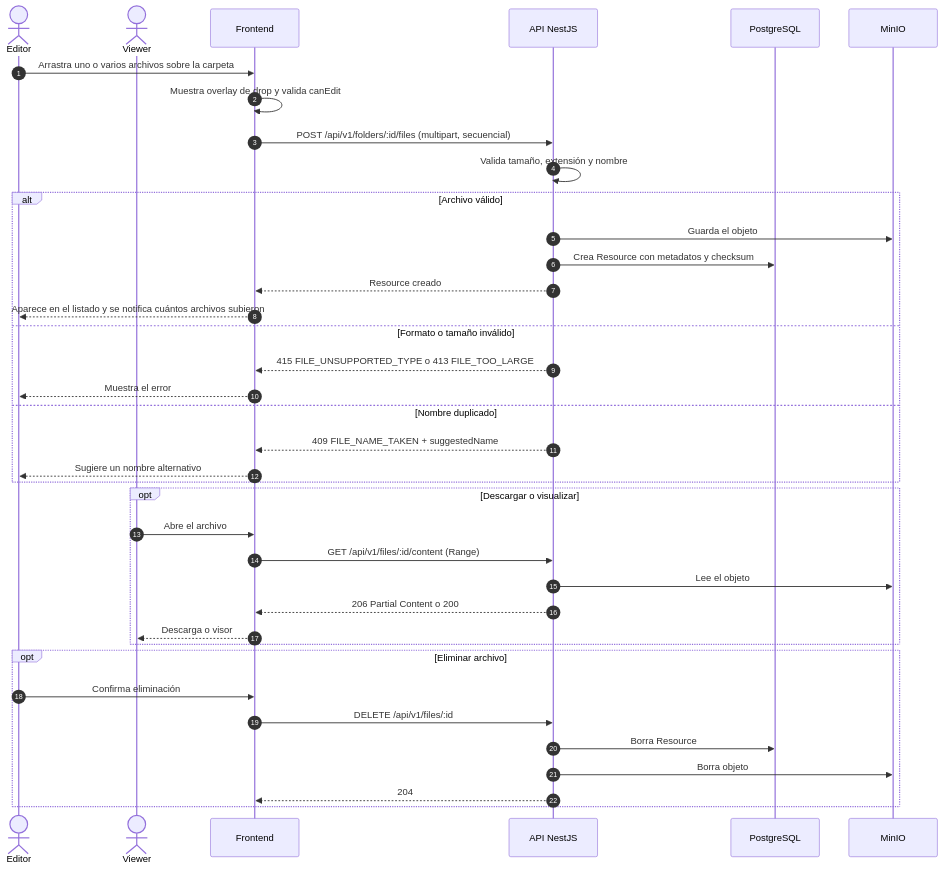
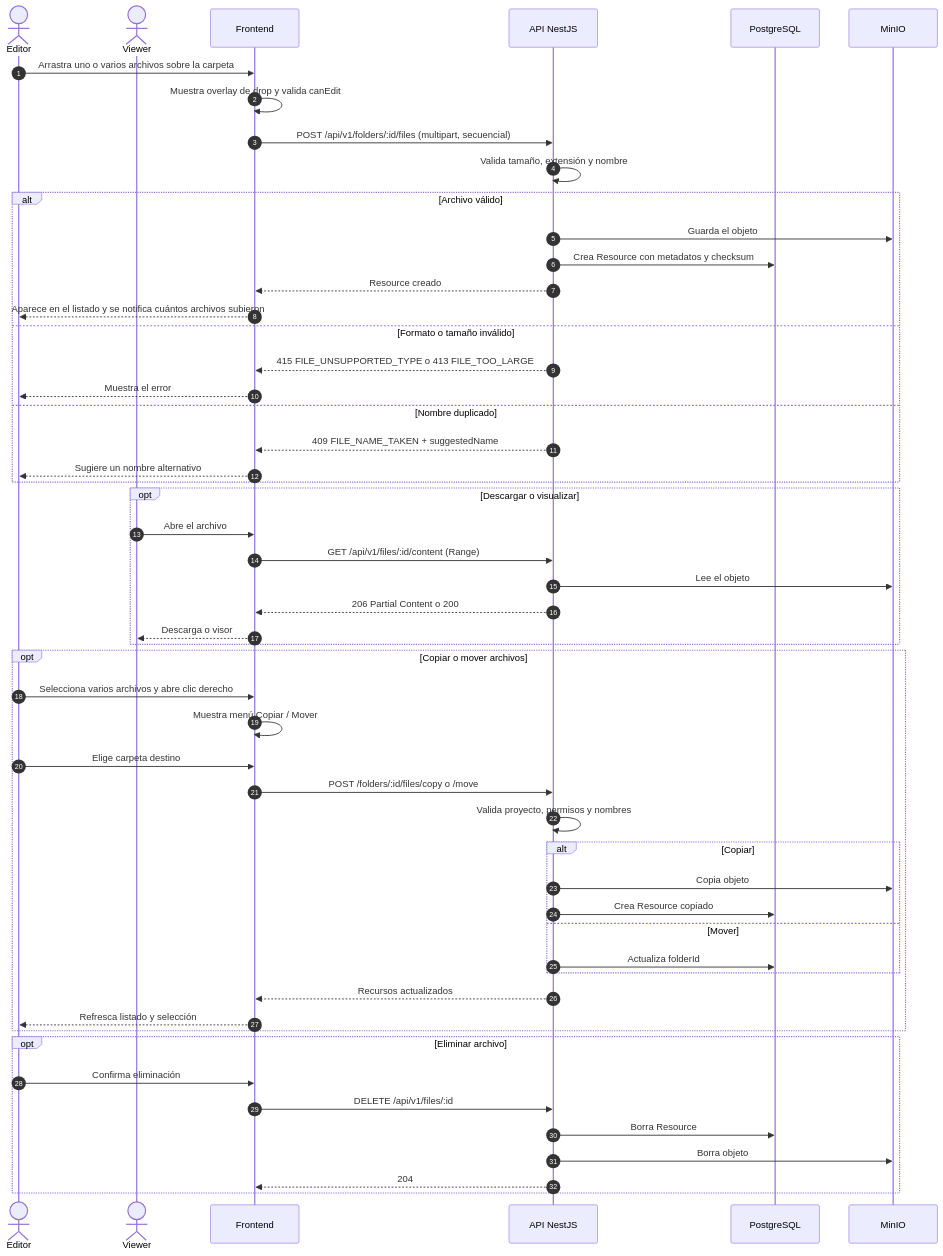
Before and after one commit to CesarKnight/infinipaper-proy: the diagram in docs/sdd/diagramas/secuencia/005-archivos.md, drawn with Mermaid. The commit also changed other lines of this file and 13 other files, not shown here.

Commit message:
feat: seleccion multiple y copiar/mover archivos entre carpetas

````diff
--- a/docs/sdd/diagramas/secuencia/005-archivos.md
+++ b/docs/sdd/diagramas/secuencia/005-archivos.md
@@ -5,44 +5,60 @@
 ```mermaid
 sequenceDiagram
   autonumber
   actor E as Editor
   actor V as Viewer
   participant FE as Frontend
   participant API as API NestJS
   participant DB as PostgreSQL
   participant S3 as MinIO
 
   E->>FE: Arrastra uno o varios archivos sobre la carpeta
   FE->>FE: Muestra overlay de drop y valida canEdit
   FE->>API: POST /api/v1/folders/:id/files (multipart, secuencial)
   API->>API: Valida tamaño, extensión y nombre
 
   alt Archivo válido
     API->>S3: Guarda el objeto
     API->>DB: Crea Resource con metadatos y checksum
     API-->>FE: Resource creado
     FE-->>E: Aparece en el listado y se notifica cuántos archivos subieron
   else Formato o tamaño inválido
     API-->>FE: 415 FILE_UNSUPPORTED_TYPE o 413 FILE_TOO_LARGE
     FE-->>E: Muestra el error
   else Nombre duplicado
     API-->>FE: 409 FILE_NAME_TAKEN + suggestedName
     FE-->>E: Sugiere un nombre alternativo
   end
 
   opt Descargar o visualizar
     V->>FE: Abre el archivo
     FE->>API: GET /api/v1/files/:id/content (Range)
     API->>S3: Lee el objeto
     API-->>FE: 206 Partial Content o 200
     FE-->>V: Descarga o visor
   end
 
+  opt Copiar o mover archivos
+    E->>FE: Selecciona varios archivos y abre clic derecho
+    FE->>FE: Muestra menú Copiar / Mover
+    E->>FE: Elige carpeta destino
+    FE->>API: POST /folders/:id/files/copy o /move
+    API->>API: Valida proyecto, permisos y nombres
+    alt Copiar
+      API->>S3: Copia objeto
+      API->>DB: Crea Resource copiado
+    else Mover
+      API->>DB: Actualiza folderId
+    end
+    API-->>FE: Recursos actualizados
+    FE-->>E: Refresca listado y selección
+  end
+
   opt Eliminar archivo
     E->>FE: Confirma eliminación
     FE->>API: DELETE /api/v1/files/:id
     API->>DB: Borra Resource
     API->>S3: Borra objeto
     API-->>FE: 204
   end
 ```
````
